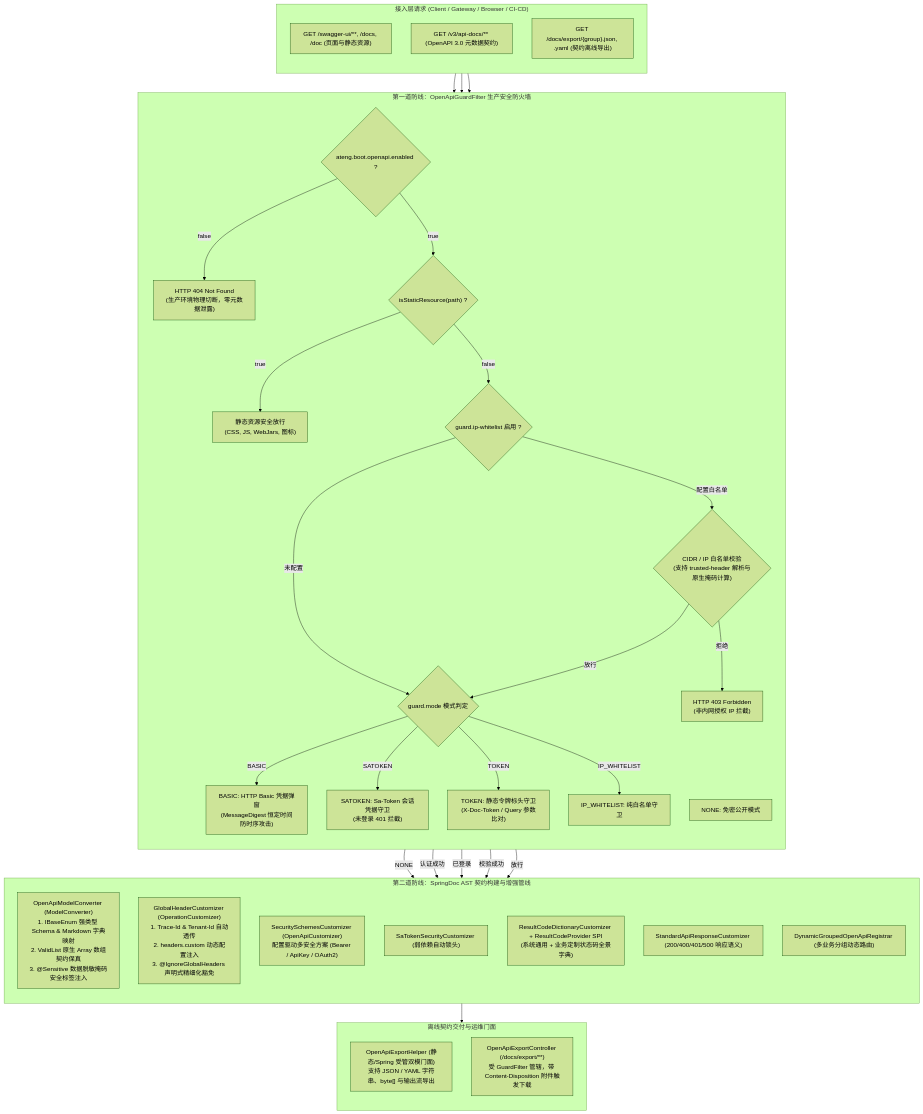
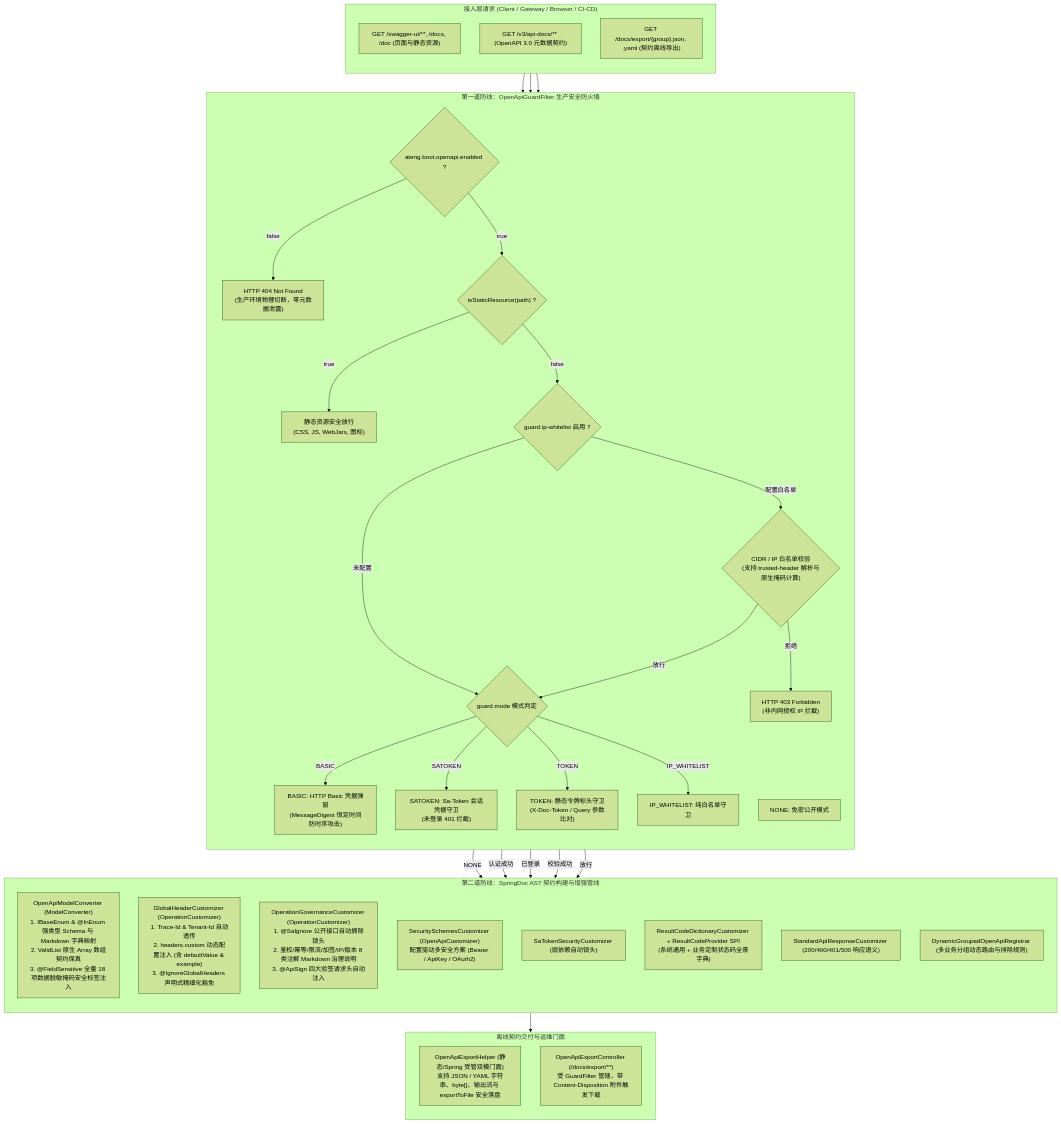
Before and after one commit to atengk/ateng-boot: the diagram in docs/adr/0068-openapi-full-scenario-hardening-and-security-governance-architecture.md, drawn with Mermaid (forest theme). The commit also changed other lines of this file and 5 other files, not shown here.

````diff
--- a/docs/adr/0068-openapi-full-scenario-hardening-and-security-governance-architecture.md
+++ b/docs/adr/0068-openapi-full-scenario-hardening-and-security-governance-architecture.md
@@ -29,75 +29,77 @@
 ```mermaid
 flowchart TD
     subgraph ClientLayer["接入层请求 (Client / Gateway / Browser / CI-CD)"]
         direction TB
         REQ_UI["GET /swagger-ui/**, /docs, /doc (页面与静态资源)"]
         REQ_META["GET /v3/api-docs/** (OpenAPI 3.0 元数据契约)"]
         REQ_EXPORT["GET /docs/export/{group}.json, .yaml (契约离线导出)"]
     end
 
     subgraph SecurityFirewall["第一道防线：OpenApiGuardFilter 生产安全防火墙"]
         direction TB
         CHECK_ENABLED{"ateng.boot.openapi.enabled ?"}
         CUTOFF_404["HTTP 404 Not Found<br/>(生产环境物理切断，零元数据泄露)"]
         
         CHECK_STATIC{"isStaticResource(path) ?"}
         STATIC_PASS["静态资源安全放行<br/>(CSS, JS, WebJars, 图标)"]
 
         CHECK_IP{"guard.ip-whitelist 启用 ?"}
         IP_MATCH{"CIDR / IP 白名单校验<br/>(支持 trusted-header 解析与原生掩码计算)"}
         IP_REJECT["HTTP 403 Forbidden<br/>(非内网授权 IP 拦截)"]
 
         CHECK_MODE{"guard.mode 模式判定"}
         MODE_NONE["NONE: 免密公开模式"]
         MODE_BASIC["BASIC: HTTP Basic 凭据弹窗<br/>(MessageDigest 恒定时间防时序攻击)"]
         MODE_SATOKEN["SATOKEN: Sa-Token 会话凭据守卫<br/>(未登录 401 拦截)"]
         MODE_TOKEN["TOKEN: 静态令牌标头守卫<br/>(X-Doc-Token / Query 参数比对)"]
         MODE_IP["IP_WHITELIST: 纯白名单守卫"]
     end
 
     subgraph AstPipeline["第二道防线：SpringDoc AST 契约构建与增强管线"]
         direction TB
-        CONV_MODEL["OpenApiModelConverter (ModelConverter)<br/>1. IBaseEnum 强类型 Schema & Markdown 字典映射<br/>2. ValidList 原生 Array 数组契约保真<br/>3. @Sensitive 数据脱敏掩码安全标签注入"]
+        CONV_MODEL["OpenApiModelConverter (ModelConverter)<br/>1. IBaseEnum & @InEnum 强类型 Schema 与 Markdown 字典映射<br/>2. ValidList 原生 Array 数组契约保真<br/>3. @FieldSensitive 全量 18 项数据脱敏掩码安全标签注入"]
         
-        CUSTOM_HEADER["GlobalHeaderCustomizer (OperationCustomizer)<br/>1. Trace-Id & Tenant-Id 自动透传<br/>2. headers.custom 动态配置注入<br/>3. @IgnoreGlobalHeaders 声明式精细化豁免"]
+        CUSTOM_HEADER["GlobalHeaderCustomizer (OperationCustomizer)<br/>1. Trace-Id & Tenant-Id 自动透传<br/>2. headers.custom 动态配置注入 (含 defaultValue & example)<br/>3. @IgnoreGlobalHeaders 声明式精细化豁免"]
+        
+        CUSTOM_GOV["OperationGovernanceCustomizer (OperationCustomizer)<br/>1. @SaIgnore 公开接口自动摘除锁头<br/>2. 鉴权/幂等/限流/加签/IP/版本 8 类注解 Markdown 治理说明<br/>3. @ApiSign 四大验签请求头自动注入"]
         
         CUSTOM_SEC["SecuritySchemesCustomizer (OpenApiCustomizer)<br/>配置驱动多安全方案 (Bearer / ApiKey / OAuth2)"]
         CUSTOM_SATOKEN["SaTokenSecurityCustomizer (弱依赖自动锁头)"]
         CUSTOM_DICT["ResultCodeDictionaryCustomizer + ResultCodeProvider SPI<br/>(系统通用 + 业务定制状态码全景字典)"]
         CUSTOM_RESP["StandardApiResponseCustomizer (200/400/401/500 响应语义)"]
-        DYNAMIC_GROUP["DynamicGroupedOpenApiRegistrar (多业务分组动态路由)"]
+        DYNAMIC_GROUP["DynamicGroupedOpenApiRegistrar (多业务分组动态路由与排除规则)"]
     end
 
     subgraph ExportFacade["离线契约交付与运维门面"]
         direction TB
-        FACADE_HELPER["OpenApiExportHelper (静态/Spring 受管双模门面)<br/>支持 JSON / YAML 字符串、byte[] 与输出流导出"]
+        FACADE_HELPER["OpenApiExportHelper (静态/Spring 受管双模门面)<br/>支持 JSON / YAML 字符串、byte[]、输出流与 exportToFile 安全落盘"]
         EXPORT_CTRL["OpenApiExportController (/docs/export/**)<br/>受 GuardFilter 管辖，带 Content-Disposition 附件触发下载"]
     end
 
     REQ_UI --> CHECK_ENABLED
     REQ_META --> CHECK_ENABLED
     REQ_EXPORT --> CHECK_ENABLED
 
     CHECK_ENABLED -- false --> CUTOFF_404
     CHECK_ENABLED -- true --> CHECK_STATIC
     CHECK_STATIC -- true --> STATIC_PASS
     CHECK_STATIC -- false --> CHECK_IP
 
     CHECK_IP -- 未配置 --> CHECK_MODE
     CHECK_IP -- 配置白名单 --> IP_MATCH
     IP_MATCH -- 拒绝 --> IP_REJECT
     IP_MATCH -- 放行 --> CHECK_MODE
 
     CHECK_MODE -- NONE --> AstPipeline
     CHECK_MODE -- BASIC --> MODE_BASIC
     CHECK_MODE -- SATOKEN --> MODE_SATOKEN
     CHECK_MODE -- TOKEN --> MODE_TOKEN
     CHECK_MODE -- IP_WHITELIST --> MODE_IP
 
     MODE_BASIC -- 认证成功 --> AstPipeline
     MODE_SATOKEN -- 已登录 --> AstPipeline
     MODE_TOKEN -- 校验成功 --> AstPipeline
     MODE_IP -- 放行 --> AstPipeline
 
     AstPipeline --> ExportFacade
 ```
````
